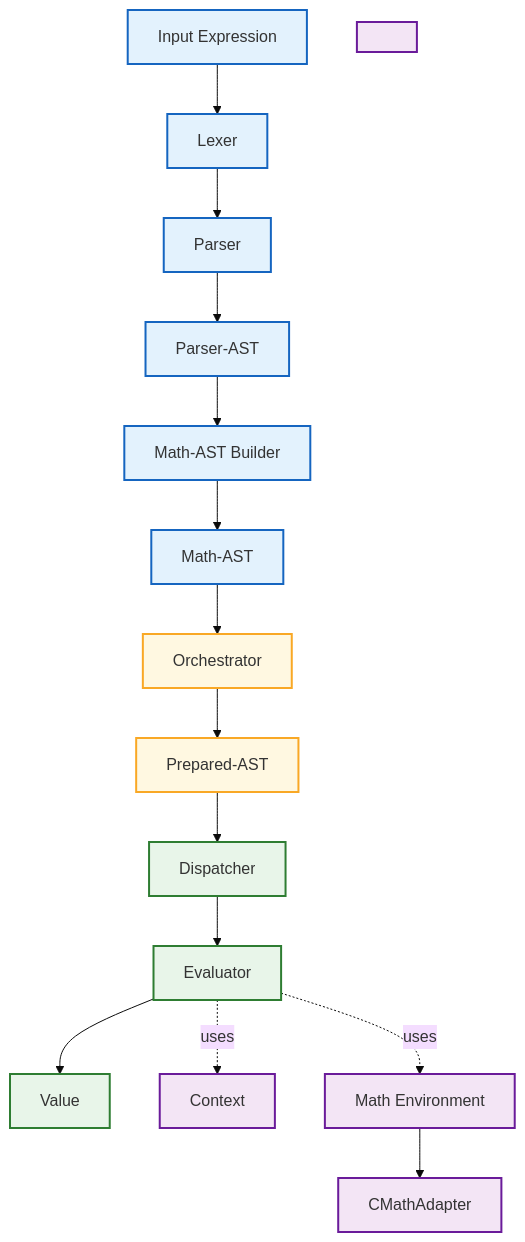
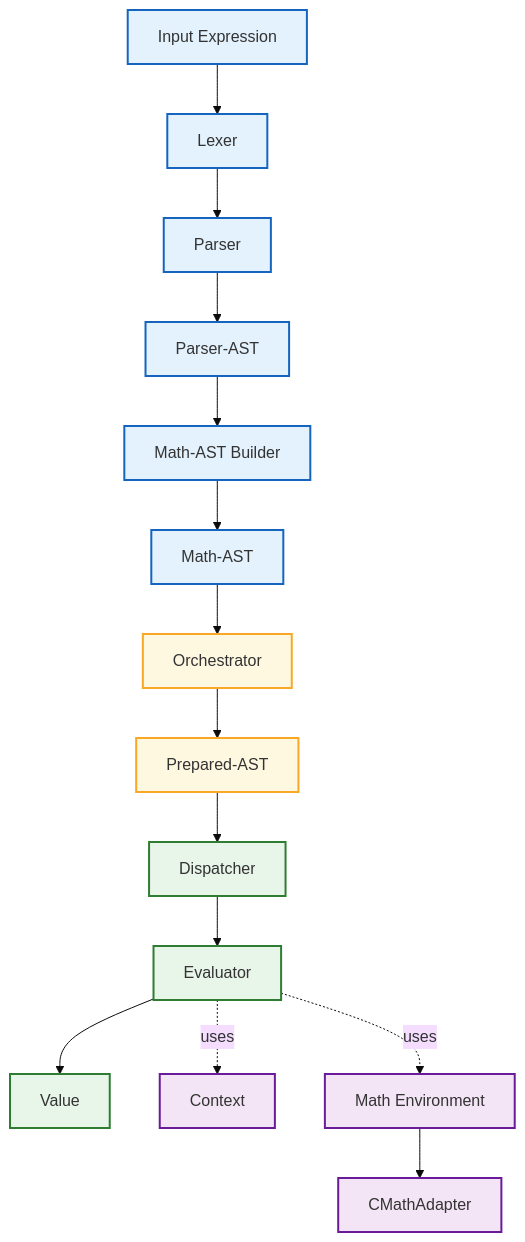
The diagram in docs/Architecture.md (acarlos01sc/numathap), drawn with Mermaid (base theme) before and after one commit.

Commit message:
Documentation

````diff
--- a/docs/Architecture.md
+++ b/docs/Architecture.md
@@ -415,54 +415,53 @@
 ```mermaid
 flowchart TD
 
     %% ---------- Front-end ----------
     Input["Input Expression"]
     Lexer["Lexer"]
     Parser["Parser"]
     PAST["Parser-AST"]
     Builder["Math-AST Builder"]
     MAST["Math-AST"]
 
     %% ---------- Preparation ----------
     Orch["Orchestrator"]
     Prep["Prepared-AST"]
 
     %% ---------- Execution ----------
     Dispatcher["Dispatcher"]
     Eval["Evaluator"]
     Value["Value"]
 
     %% ---------- Runtime ----------
     Context["Context"]
     Env["Math Environment"]
     Adapter["CMathAdapter"]
-    CMath["<cmath>"]
 
     %% ---------- Pipeline ----------
     Input --> Lexer
     Lexer --> Parser
     Parser --> PAST
     PAST --> Builder
     Builder --> MAST
     MAST --> Orch
     Orch --> Prep
     Prep --> Dispatcher
     Dispatcher --> Eval
     Eval --> Value
 
     %% ---------- Runtime dependencies ----------
     Eval -. uses .-> Context
     Eval -. uses .-> Env
     Env --> Adapter
 
     %% ---------- Styles ----------
     classDef frontend fill:#E3F2FD,stroke:#1565C0,stroke-width:2px;
     classDef prep fill:#FFF8E1,stroke:#F9A825,stroke-width:2px;
     classDef exec fill:#E8F5E9,stroke:#2E7D32,stroke-width:2px;
     classDef runtime fill:#F3E5F5,stroke:#6A1B9A,stroke-width:2px;
 
     class Input,Lexer,Parser,PAST,Builder,MAST frontend;
     class Orch,Prep prep;
     class Dispatcher,Eval,Value exec;
     class Context,Env,Adapter,CMath runtime;
 ```
````
